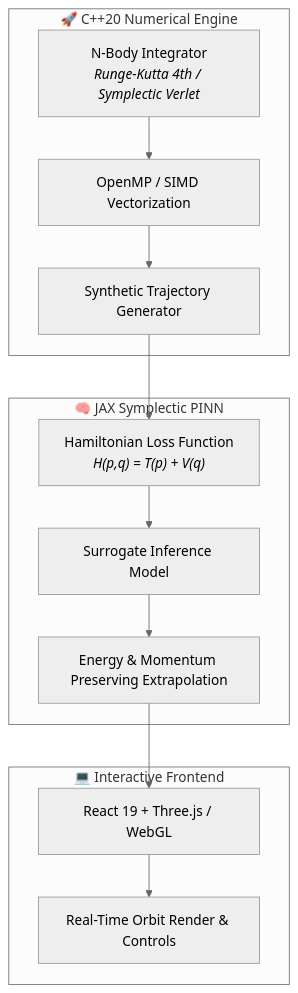
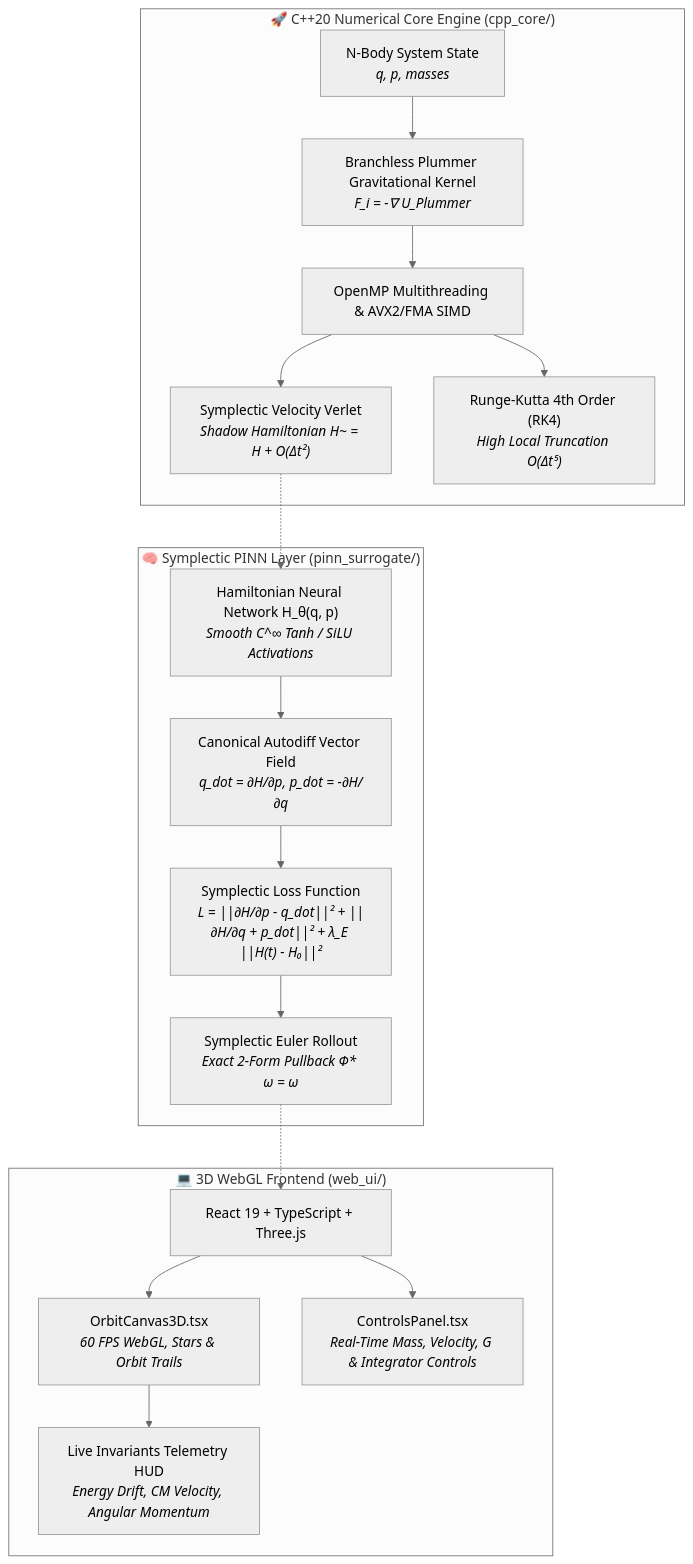
One commit to moises-inc/OrbiSim-3D changed the diagram in README.md. Above: the diagram before and after it, drawn with Mermaid (neutral theme). The commit also changed other lines of this file and 7 other files, not shown here.

````diff
--- a/README.md
+++ b/README.md
@@ -16,19 +22,24 @@
 ```mermaid
-graph TD
-    subgraph C++ Core ["🚀 C++20 Numerical Engine"]
-        A["N-Body Integrator<br/><i>Runge-Kutta 4th / Symplectic Verlet</i>"] --> B["OpenMP / SIMD Vectorization"]
-        B --> C["Synthetic Trajectory Generator"]
+flowchart TD
+    subgraph Core ["🚀 C++20 Numerical Core Engine (cpp_core/)"]
+        A["N-Body System State<br/><i>q, p, masses</i>"] --> B["Branchless Plummer Gravitational Kernel<br/><i>F_i = -∇ U_Plummer</i>"]
+        B --> C["OpenMP Multithreading & AVX2/FMA SIMD"]
+        C --> D1["Symplectic Velocity Verlet<br/><i>Shadow Hamiltonian H~ = H + O(Δt²)</i>"]
+        C --> D2["Runge-Kutta 4th Order (RK4)<br/><i>High Local Truncation O(Δt⁵)</i>"]
     end
 
-    subgraph PINN Layer ["🧠 JAX Symplectic PINN"]
-        D["Hamiltonian Loss Function<br/><i>H(p,q) = T(p) + V(q)</i>"] --> E["Surrogate Inference Model"]
-        E --> F["Energy & Momentum Preserving Extrapolation"]
+    subgraph Surrogate ["🧠 Symplectic PINN Layer (pinn_surrogate/)"]
+        E["Hamiltonian Neural Network H_θ(q, p)<br/><i>Smooth C^∞ Tanh / SiLU Activations</i>"] --> F["Canonical Autodiff Vector Field<br/><i>q_dot = ∂H/∂p, p_dot = -∂H/∂q</i>"]
+        F --> G["Symplectic Loss Function<br/><i>L = ||∂H/∂p - q_dot||² + ||∂H/∂q + p_dot||² + λ_E ||H(t) - H₀||²</i>"]
+        G --> H["Symplectic Euler Rollout<br/><i>Exact 2-Form Pullback Φ* ω = ω</i>"]
     end
 
-    subgraph WebGL 3D ["💻 Interactive Frontend"]
-        G["React 19 + Three.js / WebGL"] --> H["Real-Time Orbit Render & Controls"]
+    subgraph UI ["💻 3D WebGL Frontend (web_ui/)"]
+        I["React 19 + TypeScript + Three.js"] --> J["OrbitCanvas3D.tsx<br/><i>60 FPS WebGL, Stars & Orbit Trails</i>"]
+        I --> K["ControlsPanel.tsx<br/><i>Real-Time Mass, Velocity, G & Integrator Controls</i>"]
+        J --> L["Live Invariants Telemetry HUD<br/><i>Energy Drift, CM Velocity, Angular Momentum</i>"]
     end
 
-    C --> D
-    F --> G
+    D1 -.-> E
+    H -.-> I
 ```
````
